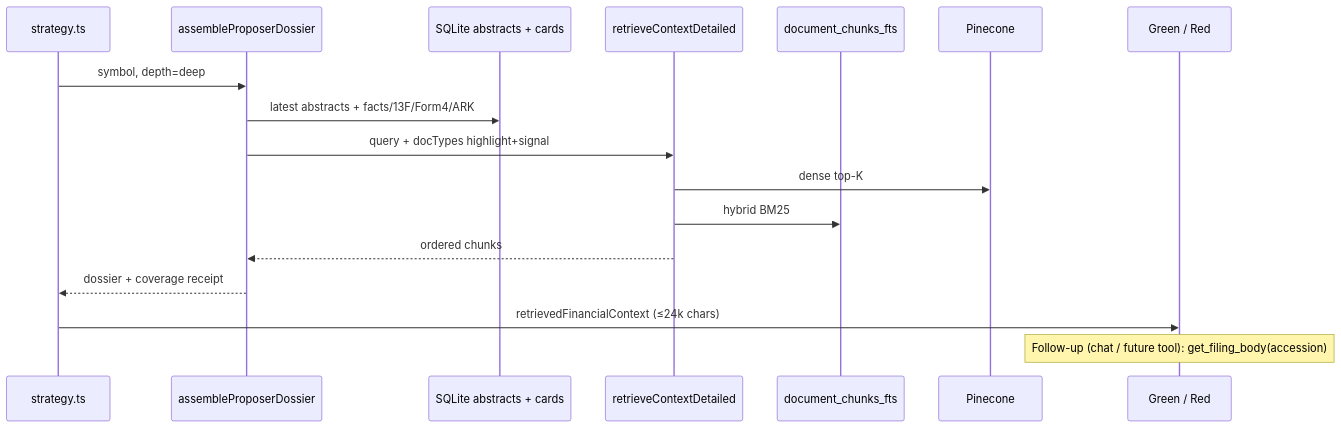
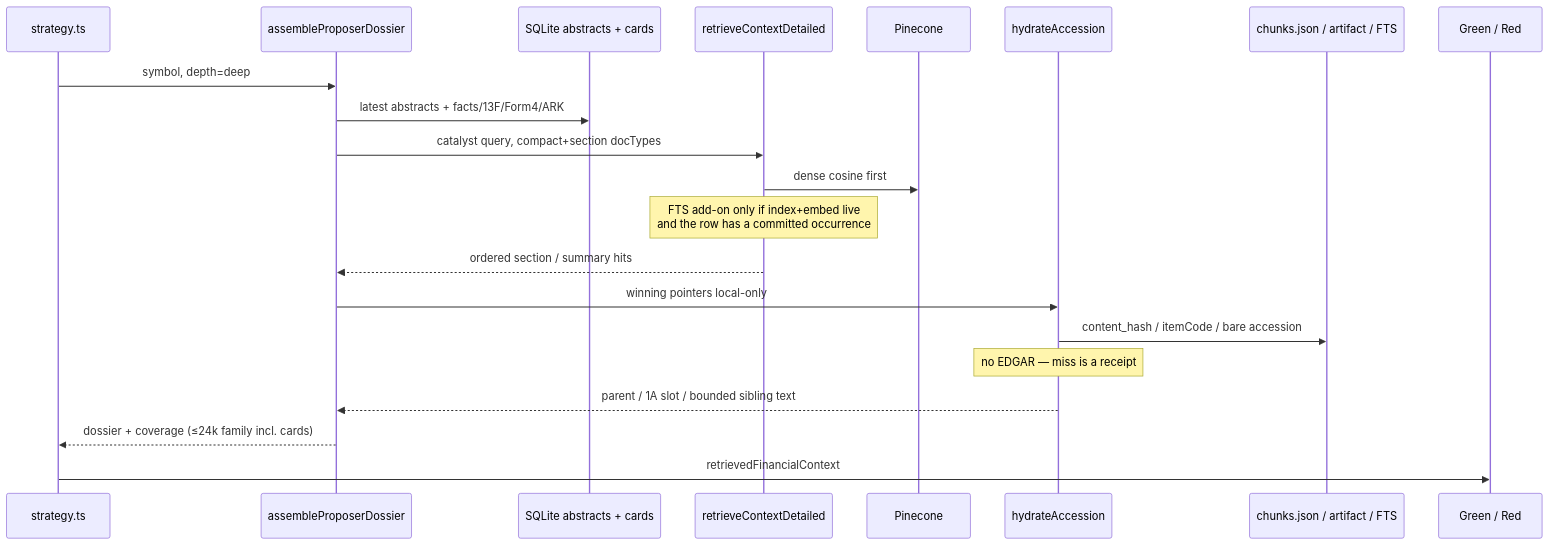
Before and after one commit to jaywedgeworth22/Socratic.Trade: the third of 3 diagrams in docs/designs/2026-08-16-proposer-corpus-storage.md, drawn with Mermaid. The commit also changed other lines of this file, not shown here.

````diff
--- a/docs/designs/2026-08-16-proposer-corpus-storage.md
+++ b/docs/designs/2026-08-16-proposer-corpus-storage.md
@@ -335,20 +436,24 @@
 ```mermaid
 sequenceDiagram
   participant S as strategy.ts
   participant A as assembleProposerDossier
   participant DB as SQLite abstracts + cards
   participant V as retrieveContextDetailed
-  participant FTS as document_chunks_fts
   participant PC as Pinecone
+  participant H as hydrateAccession
+  participant Local as chunks.json / artifact / FTS
   participant G as Green / Red
 
   S->>A: symbol, depth=deep
   A->>DB: latest abstracts + facts/13F/Form4/ARK
-  A->>V: query + docTypes highlight+signal
-  V->>PC: dense top-K
-  V->>FTS: hybrid BM25
-  V-->>A: ordered chunks
-  A-->>S: dossier + coverage receipt
-  S->>G: retrievedFinancialContext (≤24k chars)
-  Note over G: Follow-up (chat / future tool): get_filing_body(accession)
+  A->>V: catalyst query, compact+section docTypes
+  V->>PC: dense cosine first
+  Note over V: FTS add-on only if index+embed live<br/>and the row has a committed occurrence
+  V-->>A: ordered section / summary hits
+  A->>H: winning pointers local-only
+  H->>Local: content_hash / itemCode / bare accession
+  Note over H: no EDGAR — miss is a receipt
+  H-->>A: parent / 1A slot / bounded sibling text
+  A-->>S: dossier + coverage (≤24k family incl. cards)
+  S->>G: retrievedFinancialContext
 ```
````
